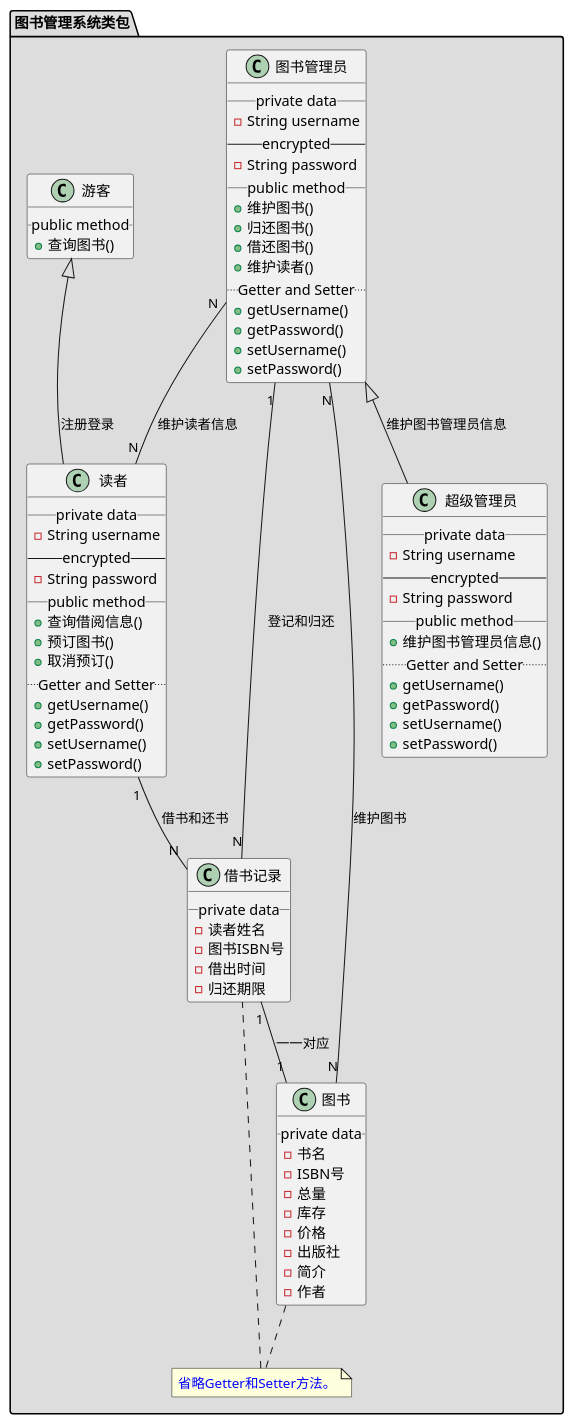
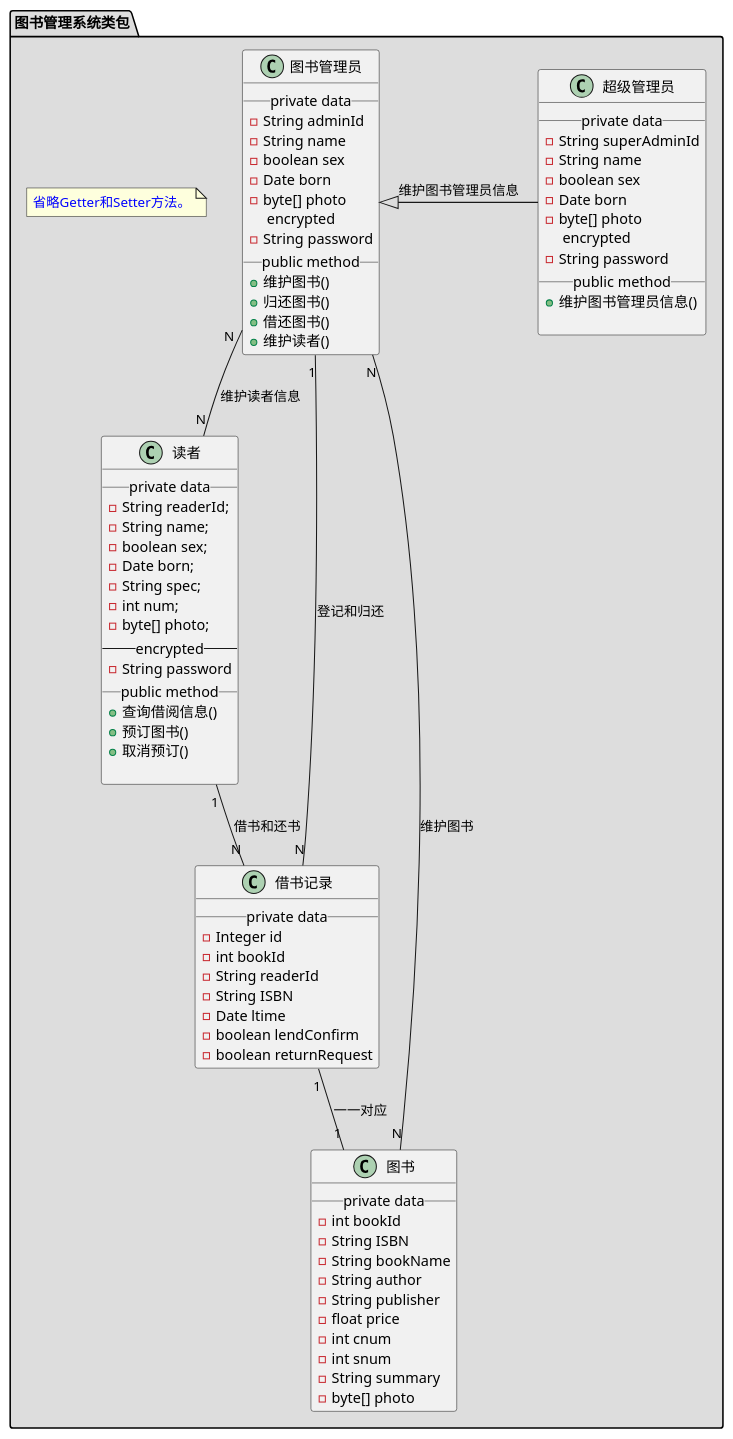
The diagram in test3/周志强-图书管理系统的类图.wsd (aGreySky/is_analysis), drawn with PlantUML before and after one commit. The commit also changed 16 other files, not shown here.

Commit message:
完善，增加了类图和对象图的参数

```diff
--- a/test3/周志强-图书管理系统的类图.wsd
+++ b/test3/周志强-图书管理系统的类图.wsd
@@ -1,91 +1,92 @@
 @startuml
 
 package "图书管理系统类包" #DDDDDD {
   
 	class 图书管理员 {
-		 __ private data __
-	 	-String username
+		__ private data __
+		 	-String adminId
+	     	-String name
+	    	-boolean sex
+	    	-Date born
+	    	-byte[] photo
 	 	-- encrypted --
-	 	-String password
-		 __ public method __
-		+维护图书()
-		+归还图书()
-		+借还图书()
-		+维护读者()
-		.. Getter and Setter ..
-		+ getUsername()
- 		+ getPassword()
- 		+ setUsername()
- 		+ setPassword()
+	 	    -String password
+		__ public method __
+			+维护图书()
+			+归还图书()
+			+借还图书()
+			+维护读者()
 	}
 	class 超级管理员 {
-		 __ private data __
-	 	-String username
+		__ private data __
+		 	-String superAdminId
+		    -String name
+		    -boolean sex
+		    -Date born
+		    -byte[] photo
 	 	-- encrypted --
-	 	-String password
-		 __ public method __
-	 	+维护图书管理员信息()
-	 	.. Getter and Setter ..
-		+ getUsername()
- 		+ getPassword()
- 		+ setUsername()
- 		+ setPassword()
+	 		-String password
+		__ public method __
+	 		+维护图书管理员信息()
+
 	}
 	class 读者 {
 	 	__ private data __
-	 	-String username
+		 	-String readerId;
+		    -String name;
+		    -boolean sex;
+		    -Date born;
+		    -String spec;
+		    -int num;
+		    -byte[] photo;
 	 	-- encrypted --
-	 	-String password
-		 __ public method __
-		+查询借阅信息()
-		+预订图书()
-		+取消预订()
-		.. Getter and Setter ..
-		+ getUsername()
- 		+ getPassword()
- 		+ setUsername()
- 		+ setPassword()
-	}
-	class 游客 {
+	 		-String password
 		__ public method __
-		+查询图书()
+			+查询借阅信息()
+			+预订图书()
+			+取消预订()
+		
 	}
 
 	class 图书 {
 		__ private data __
-	 	-书名
-	 	-ISBN号
-	 	-总量
-	 	-库存
-	 	-价格
-	 	-出版社
-	 	-简介
-	 	-作者
+		 	 -int bookId
+		     -String ISBN
+		     -String bookName
+		     -String author
+		     -String publisher
+		     -float price
+		     -int cnum
+		     -int snum
+		     -String summary
+		     -byte[] photo
 	}
 
 	class 借书记录 {
 		__ private data __
-	 	-读者姓名
-	 	-图书ISBN号
-	 	-借出时间
-	 	-归还期限
+		 	-Integer id
+		    -int bookId
+		    -String readerId
+		    -String ISBN
+		    -Date ltime
+		    -boolean lendConfirm
+		    -boolean returnRequest
 	}
 
-	 note "<color:blue>省略Getter和Setter方法。</color>" as note1
+	note  "<color:blue>省略Getter和Setter方法。</color>" as note1
 
-	图书 .. note1
-	note1 .. 借书记录
-
-	图书管理员 <|-- 超级管理员 : 维护图书管理员信息
-	游客 <|-- 读者 : 注册登录
+	图书管理员 <|- 超级管理员 : 维护图书管理员信息
+	图书管理员 "N" -- "N" 读者 : 维护读者信息
 	读者 "1" -- "N" 借书记录 : 借书和还书
 	借书记录 "1" -- "1" 图书 : 一一对应
 	借书记录 "N" -- "1" 图书管理员 : 登记和归还
 	图书管理员 "N" -- "N" 图书 : 维护图书
-	图书管理员 "N" -- "N" 读者 : 维护读者信息
+
+
+	
 
   
 }
 
 
 @enduml
```
